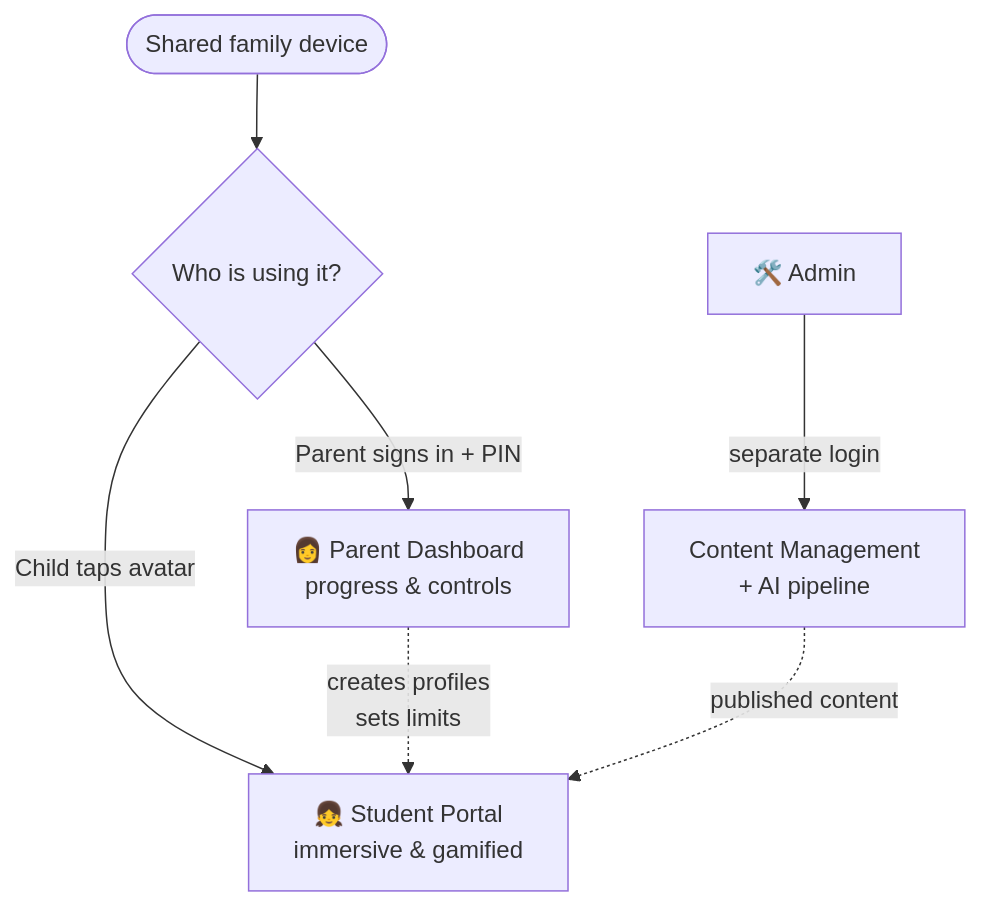
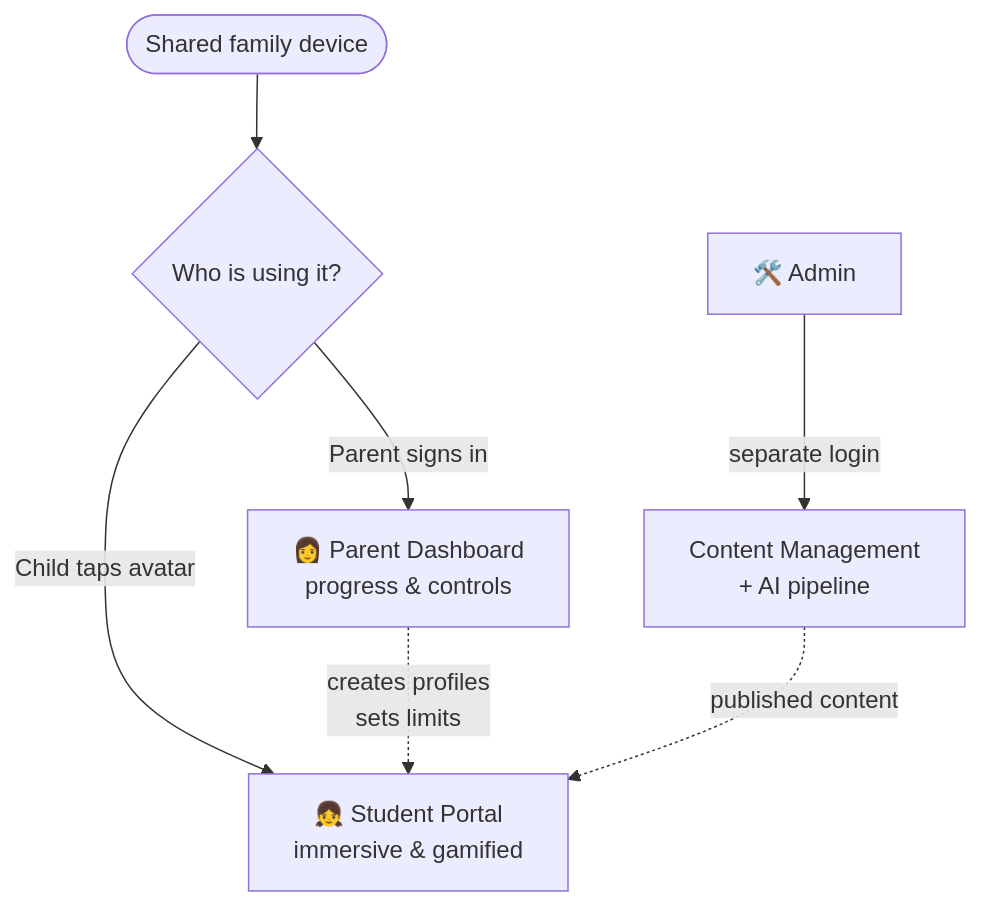
Before and after one commit to salmanbd100/kidlearn: the first of 28 diagrams in document/user-journey-manual.md, drawn with Mermaid. The commit also changed other lines of this file and 15 other files, not shown here.

````diff
--- a/document/user-journey-manual.md
+++ b/document/user-journey-manual.md
@@ -69,9 +69,9 @@
 ```mermaid
 flowchart TD
     Device([Shared family device]) --> Login{Who is using it?}
     Login -->|Child taps avatar| Student[👧 Student Portal<br/>immersive & gamified]
-    Login -->|Parent signs in + PIN| Parent[👩 Parent Dashboard<br/>progress & controls]
+    Login -->|Parent signs in| Parent[👩 Parent Dashboard<br/>progress & controls]
     Admin[🛠️ Admin] -->|separate login| CMS[Content Management<br/>+ AI pipeline]
     CMS -.published content.-> Student
     Parent -.creates profiles<br/>sets limits.-> Student
 ```
````
